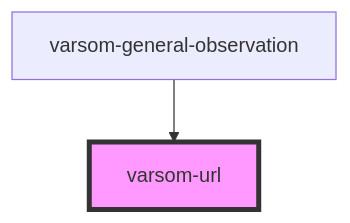
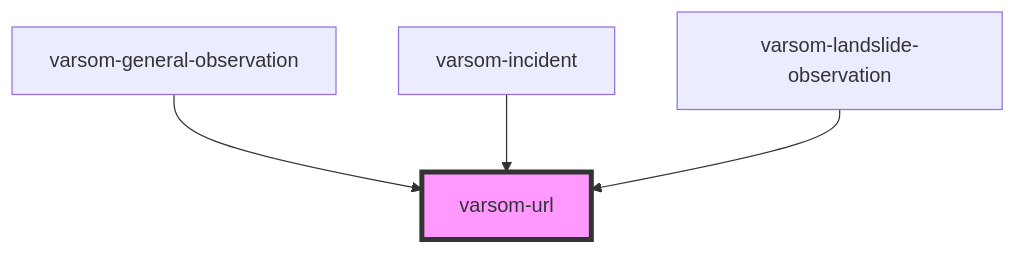
The diagram in observasjonskort/src/components/varsom-url/readme.md (NVE/varsom-observation), drawn with Mermaid before and after one commit. The commit also changed other lines of this file and 7 other files, not shown here.

````diff
--- a/observasjonskort/src/components/varsom-url/readme.md
+++ b/observasjonskort/src/components/varsom-url/readme.md
@@ -24,5 +26,7 @@
 ```mermaid
 graph TD;
   varsom-general-observation --> varsom-url
+  varsom-incident --> varsom-url
+  varsom-landslide-observation --> varsom-url
   style varsom-url fill:#f9f,stroke:#333,stroke-width:4px
 ```
````
